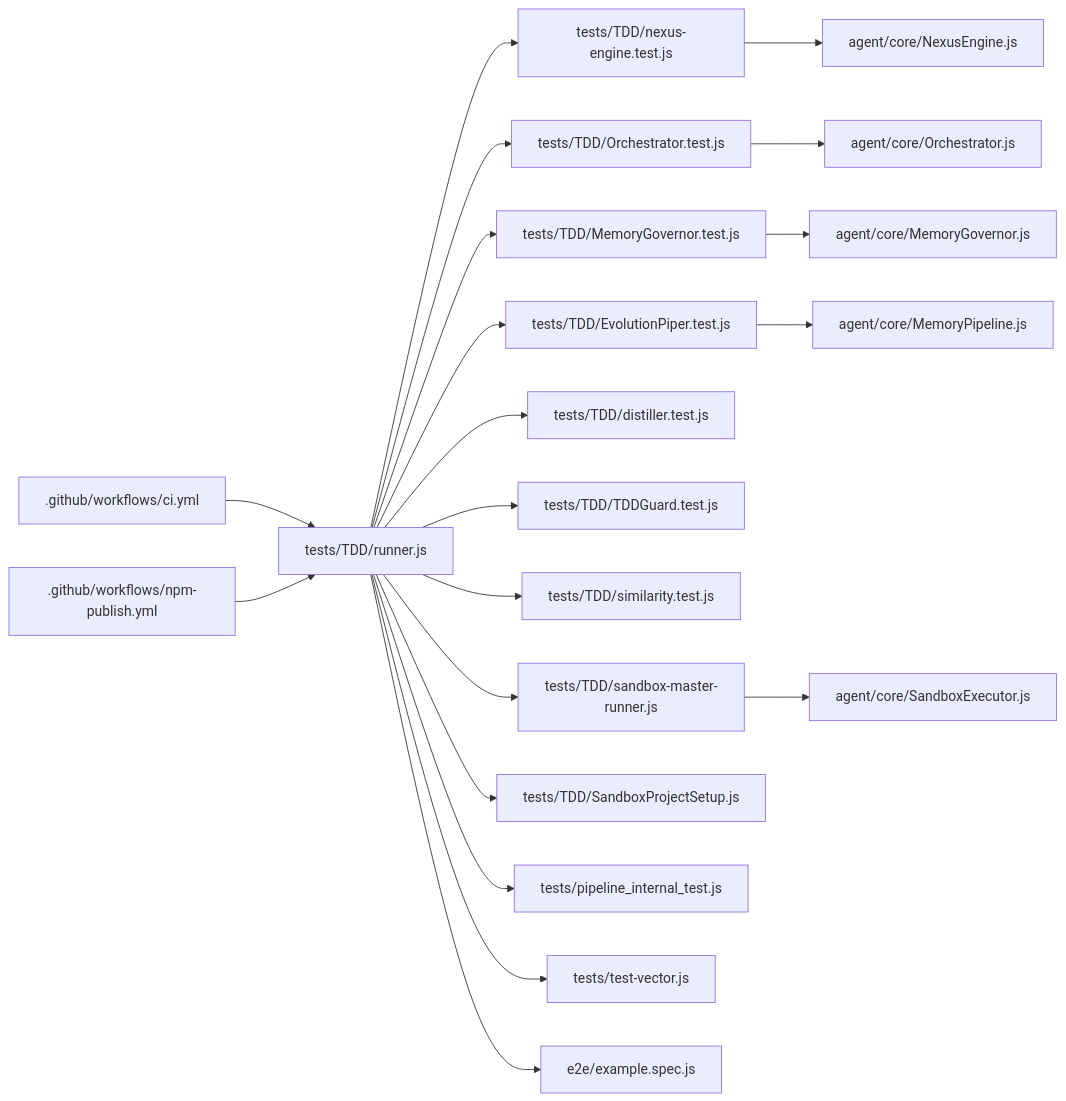
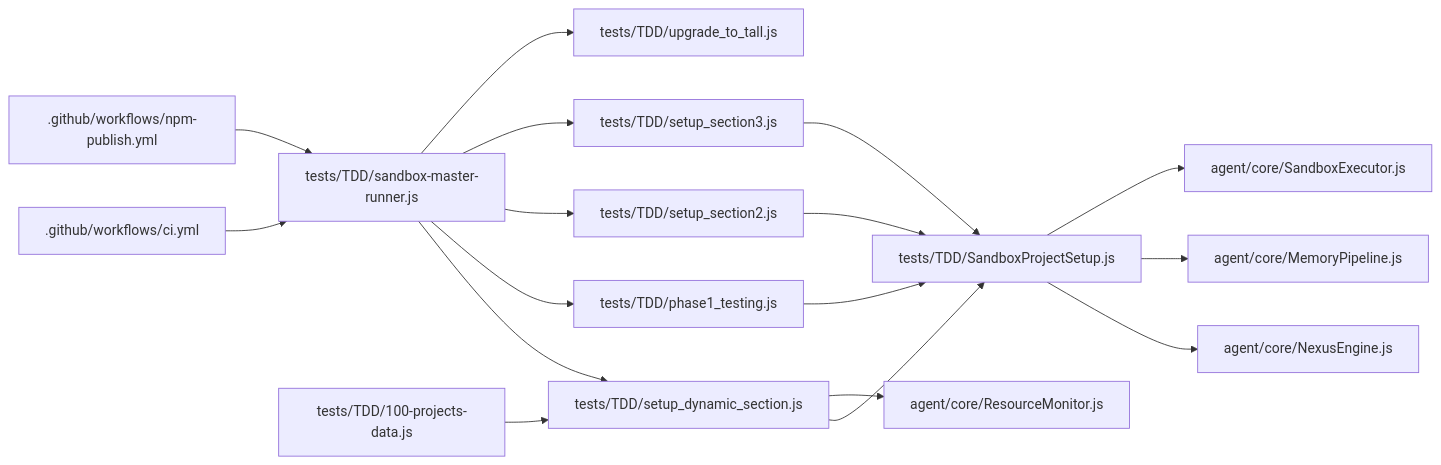
Before and after one commit to Faisal-Trainer/Human-AI-Nexus: diagram 12 of 12 in .qoder/repowiki/en/content/Testing Framework.md, drawn with Mermaid. The commit also changed other lines of this file and 21 other files, not shown here.

````diff
--- a/.qoder/repowiki/en/content/Testing Framework.md
+++ b/.qoder/repowiki/en/content/Testing Framework.md
@@ -521,22 +620,19 @@
 ```mermaid
 graph LR
-CI[".github/workflows/ci.yml"] --> RUN["tests/TDD/runner.js"]
-NP[".github/workflows/npm-publish.yml"] --> RUN
-RUN --> NE_T["tests/TDD/nexus-engine.test.js"]
-RUN --> OR_T["tests/TDD/Orchestrator.test.js"]
-RUN --> MG_T["tests/TDD/MemoryGovernor.test.js"]
-RUN --> EP_T["tests/TDD/EvolutionPiper.test.js"]
-RUN --> DI_T["tests/TDD/distiller.test.js"]
-RUN --> TG_T["tests/TDD/TDDGuard.test.js"]
-RUN --> SIM_T["tests/TDD/similarity.test.js"]
-RUN --> SR["tests/TDD/sandbox-master-runner.js"]
-RUN --> SP["tests/TDD/SandboxProjectSetup.js"]
-RUN --> PIP["tests/pipeline_internal_test.js"]
-RUN --> TV["tests/test-vector.js"]
-RUN --> E2E["e2e/example.spec.js"]
-NE_T --> NE["agent/core/NexusEngine.js"]
-OR_T --> OR["agent/core/Orchestrator.js"]
-MG_T --> MG["agent/core/MemoryGovernor.js"]
-EP_T --> MP["agent/core/MemoryPipeline.js"]
-SR --> SE["agent/core/SandboxExecutor.js"]
+CI[".github/workflows/ci.yml"] --> MR["tests/TDD/sandbox-master-runner.js"]
+NP[".github/workflows/npm-publish.yml"] --> MR
+MR --> SDS["tests/TDD/setup_dynamic_section.js"]
+MR --> P1["tests/TDD/phase1_testing.js"]
+MR --> S2["tests/TDD/setup_section2.js"]
+MR --> S3["tests/TDD/setup_section3.js"]
+MR --> UTT["tests/TDD/upgrade_to_tall.js"]
+SDS --> SPS["tests/TDD/SandboxProjectSetup.js"]
+P1 --> SPS
+S2 --> SPS
+S3 --> SPS
+SPS --> NE["agent/core/NexusEngine.js"]
+SPS --> MP["agent/core/MemoryPipeline.js"]
+SPS --> SE["agent/core/SandboxExecutor.js"]
+SDS --> RM["agent/core/ResourceMonitor.js"]
+PDATA["tests/TDD/100-projects-data.js"] --> SDS
 ```
````
